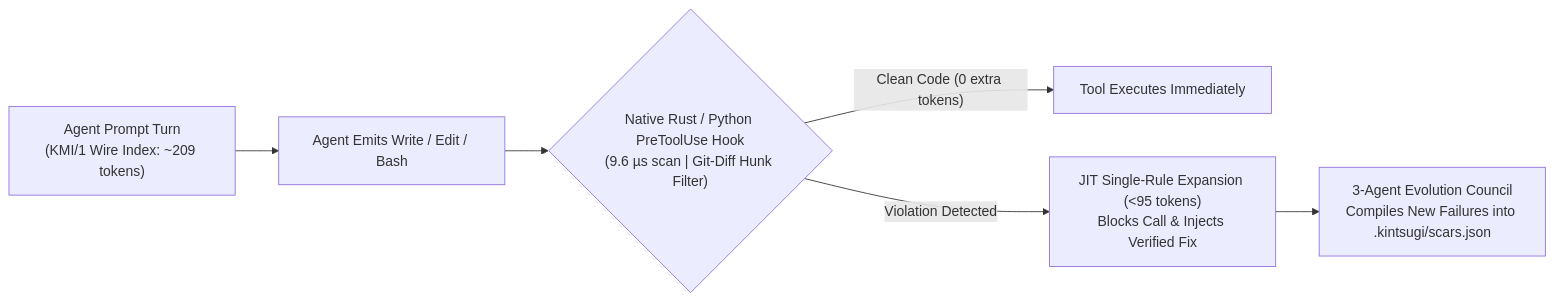
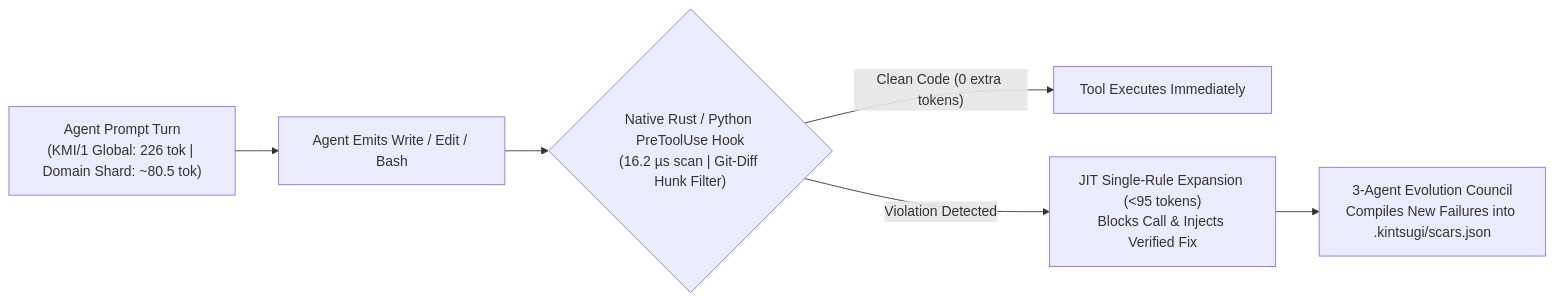
The diagram in README.md (actions-marketplace-validations/tunguyen1993_kintsugi-harness), drawn with Mermaid before and after one commit. The commit also changed other lines of this file and 18 other files, not shown here.

Commit message:
feat(mcp,compressor): add 6-domain partitioned KMI/1 context shards, bilingual MCP Server docs & unified v2.4.0 benchmarks (51/51 pass)

````diff
--- a/README.md
+++ b/README.md
@@ -110,8 +205,8 @@
 ```mermaid
 flowchart LR
-    A["Agent Prompt Turn\n(KMI/1 Wire Index: ~209 tokens)"] --> B["Agent Emits Write / Edit / Bash"]
-    B --> C{"Native Rust / Python PreToolUse Hook\n(9.6 µs scan | Git-Diff Hunk Filter)"}
+    A["Agent Prompt Turn\n(KMI/1 Global: 226 tok | Domain Shard: ~80.5 tok)"] --> B["Agent Emits Write / Edit / Bash"]
+    B --> C{"Native Rust / Python PreToolUse Hook\n(16.2 µs scan | Git-Diff Hunk Filter)"}
     C -- "Clean Code (0 extra tokens)" --> D["Tool Executes Immediately"]
     C -- "Violation Detected" --> E["JIT Single-Rule Expansion (<95 tokens)\nBlocks Call & Injects Verified Fix"]
     E --> F["3-Agent Evolution Council\nCompiles New Failures into .kintsugi/scars.json"]
 ```
````
